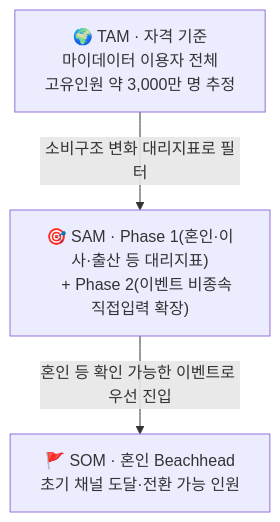
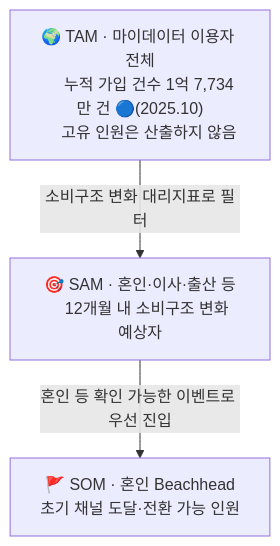
The second of 2 diagrams in 윤정/확정본/04_TAM_SAM_SOM_Segment_Map.md (jennie-brain/team-project_2nd), drawn with Mermaid before and after one commit. The commit also changed other lines of this file and 3 other files, not shown here.

````diff
--- a/윤정/확정본/04_TAM_SAM_SOM_Segment_Map.md
+++ b/윤정/확정본/04_TAM_SAM_SOM_Segment_Map.md
@@ -89,12 +86,12 @@
 ```mermaid
 graph TD
-    TAM["🌍 TAM · 자격 기준
-    마이데이터 이용자 전체
-    고유인원 약 3,000만 명 추정"]
-    SAM["🎯 SAM · Phase 1(혼인·이사·출산 등 대리지표)
-    + Phase 2(이벤트 비종속 직접입력 확장)"]
+    TAM["🌍 TAM · 마이데이터 이용자 전체
+    누적 가입 건수 1억 7,734만 건 🔵(2025.10)
+    고유 인원은 산출하지 않음"]
+    SAM["🎯 SAM · 혼인·이사·출산 등
+    12개월 내 소비구조 변화 예상자"]
     SOM["🚩 SOM · 혼인 Beachhead
     초기 채널 도달·전환 가능 인원"]
     TAM -->|"소비구조 변화 대리지표로 필터"| SAM
     SAM -->|"혼인 등 확인 가능한 이벤트로 우선 진입"| SOM
 ```
````
